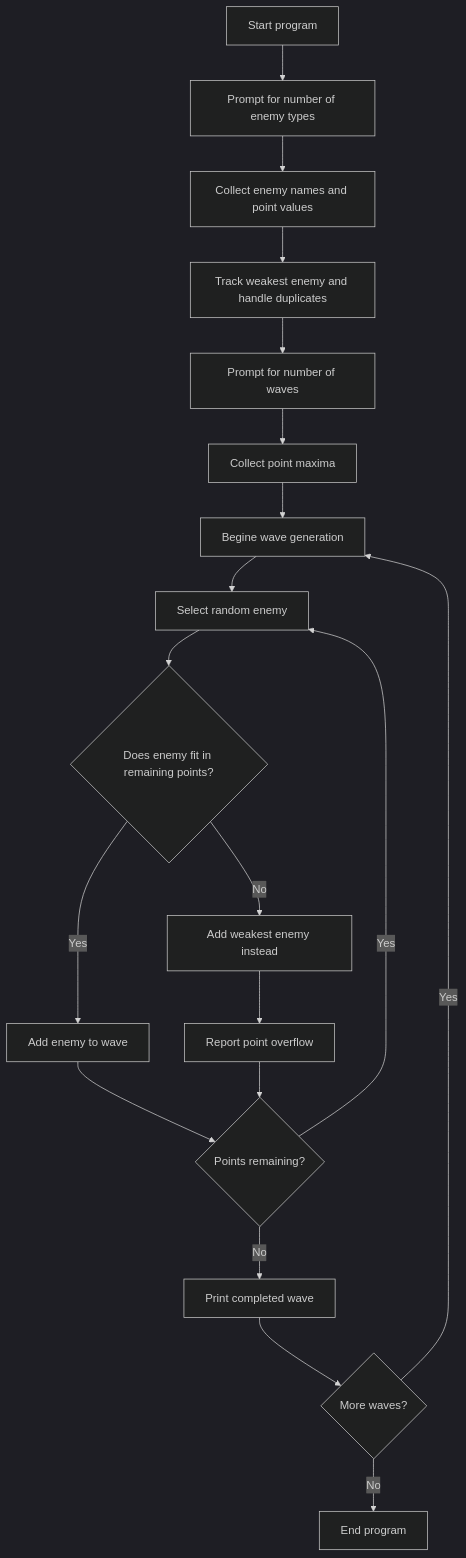
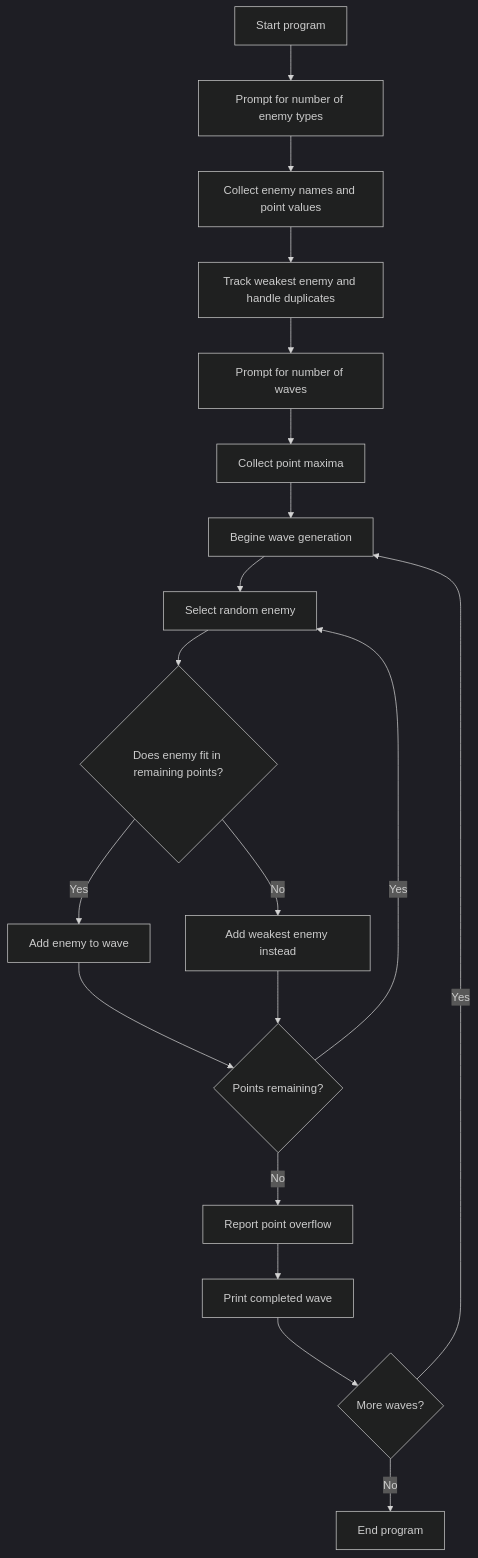
The diagram in README.md (BenSernau/Wave-Spawner), drawn with Mermaid (dark theme) before and after one commit.

````diff
--- a/README.md
+++ b/README.md
@@ -51,23 +51,23 @@
 ```mermaid
 flowchart TD
   A[Start program] --> B[Prompt for number of enemy types]
   B --> C[Collect enemy names and point values]
   C --> D[Track weakest enemy and handle duplicates]
   D --> E[Prompt for number of waves]
   E --> F[Collect point maxima]
   F --> G[Begine wave generation]
   G --> H[Select random enemy]
   H --> I{Does enemy fit in remaining points?}
   I -- Yes --> J[Add enemy to wave]
   J --> K{Points remaining?}
   K -- Yes --> H
-  K -- No --> L[Print completed wave]
+  K -- No --> N[Report point overflow]
+  N --> L[Print completed wave]
 
   I -- No --> M[Add weakest enemy instead]
-  M --> N[Report point overflow]
-  N --> K
+  M --> K
 
   L --> O{More waves?}
   O -- Yes --> G
   O -- No --> P[End program]
 ```
````
